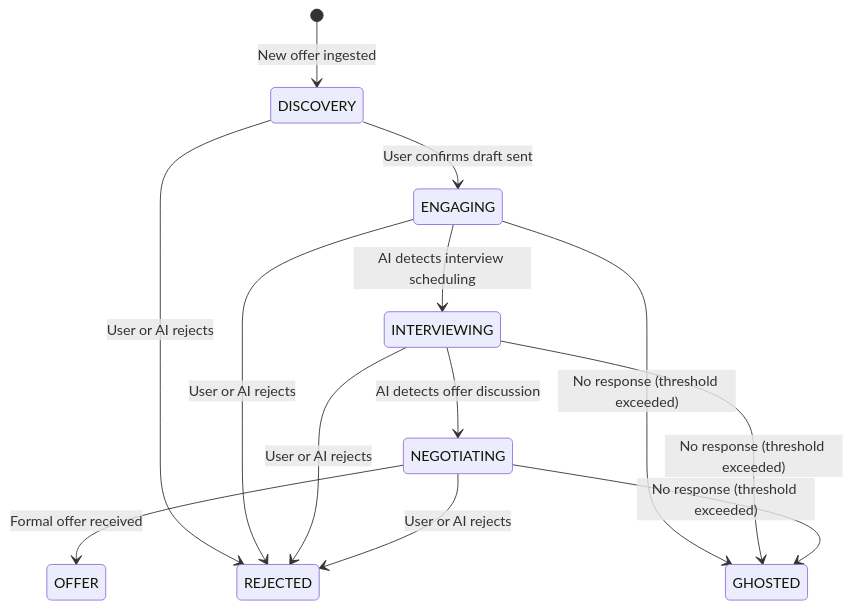
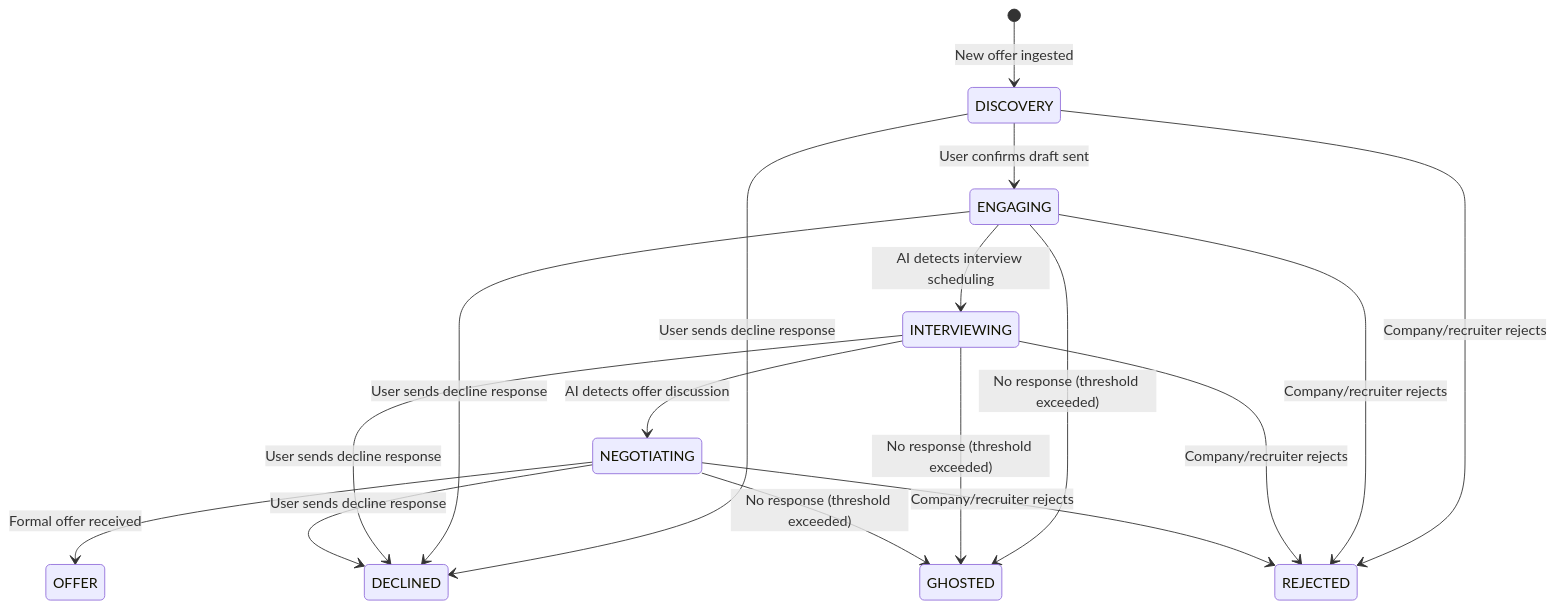
The first of 5 diagrams in README.md (CristopherRL/talent-inbound-os), drawn with Mermaid before and after one commit. The commit also changed other lines of this file and 9 other files, not shown here.

````diff
--- a/README.md
+++ b/README.md
@@ -120,15 +120,19 @@
 ```mermaid
 stateDiagram-v2
     [*] --> DISCOVERY : New offer ingested
     DISCOVERY --> ENGAGING : User confirms draft sent
     ENGAGING --> INTERVIEWING : AI detects interview scheduling
     INTERVIEWING --> NEGOTIATING : AI detects offer discussion
     NEGOTIATING --> OFFER : Formal offer received
-    DISCOVERY --> REJECTED : User or AI rejects
-    ENGAGING --> REJECTED : User or AI rejects
-    INTERVIEWING --> REJECTED : User or AI rejects
-    NEGOTIATING --> REJECTED : User or AI rejects
+    DISCOVERY --> DECLINED : User sends decline response
+    ENGAGING --> DECLINED : User sends decline response
+    INTERVIEWING --> DECLINED : User sends decline response
+    NEGOTIATING --> DECLINED : User sends decline response
+    DISCOVERY --> REJECTED : Company/recruiter rejects
+    ENGAGING --> REJECTED : Company/recruiter rejects
+    INTERVIEWING --> REJECTED : Company/recruiter rejects
+    NEGOTIATING --> REJECTED : Company/recruiter rejects
     ENGAGING --> GHOSTED : No response (threshold exceeded)
     INTERVIEWING --> GHOSTED : No response (threshold exceeded)
     NEGOTIATING --> GHOSTED : No response (threshold exceeded)
 ```
````
